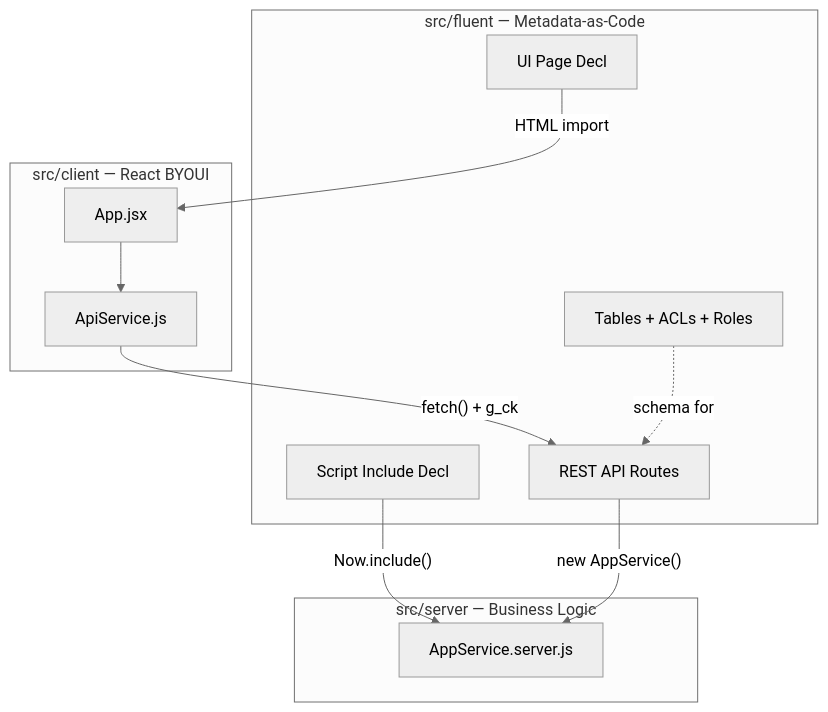
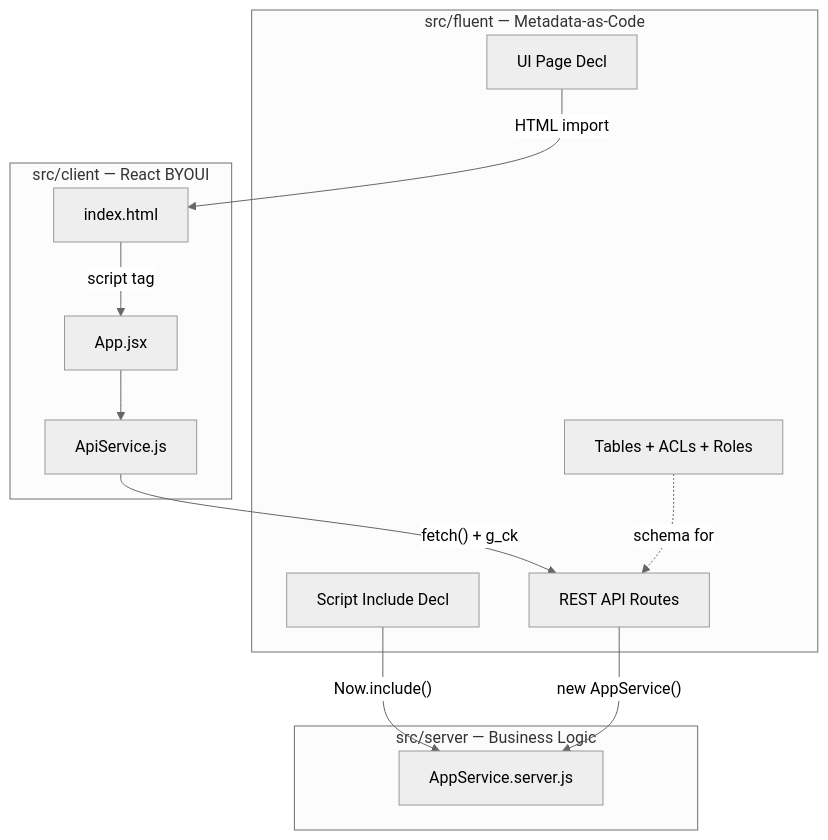
The diagram in README.md (jschuller/sn-app-template), drawn with Mermaid (neutral theme) before and after one commit. The commit also changed other lines of this file and 3 other files, not shown here.

First line of the commit message:
feat: ATF test (server-side hybrid), fix Mermaid diagram, add test pattern to CLAUDE.md

````diff
--- a/README.md
+++ b/README.md
@@ -68,23 +69,25 @@
 ```mermaid
 graph TD
     subgraph FLUENT["src/fluent — Metadata-as-Code"]
         TBL["Tables + ACLs + Roles"]
         API["REST API Routes"]
         SI["Script Include Decl"]
         UI["UI Page Decl"]
     end
     subgraph SERVER["src/server — Business Logic"]
         SVC["AppService.server.js"]
     end
     subgraph CLIENT["src/client — React BYOUI"]
+        HTML["index.html"]
         JSX["App.jsx"]
         APISVC["ApiService.js"]
     end
 
     SI -->|"Now.include()"| SVC
-    UI -->|"HTML import"| JSX
+    UI -->|"HTML import"| HTML
+    HTML -->|"script tag"| JSX
     JSX --> APISVC
     APISVC -->|"fetch() + g_ck"| API
     API -->|"new AppService()"| SVC
     TBL -.->|"schema for"| API
 ```
````
